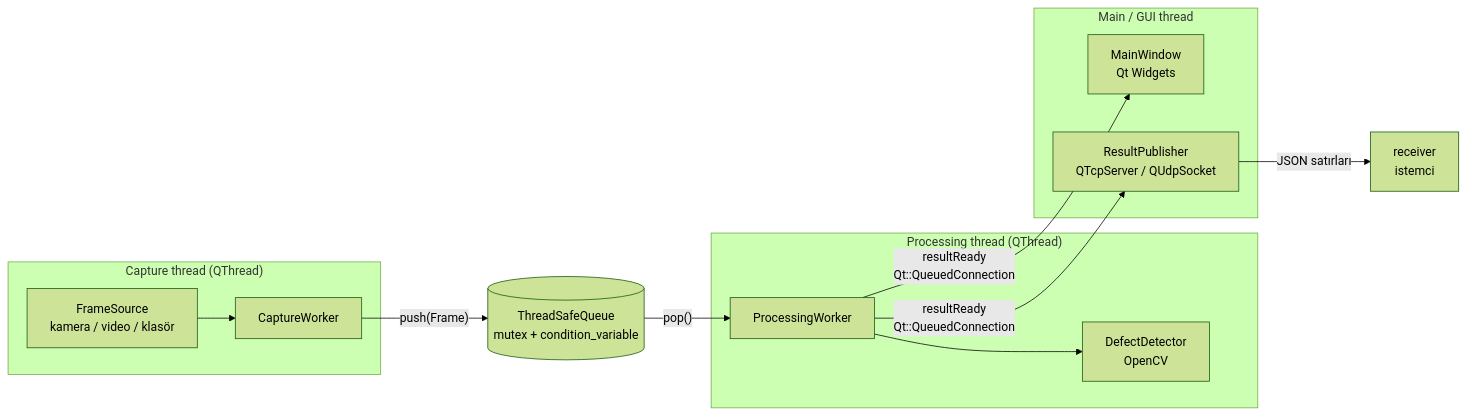
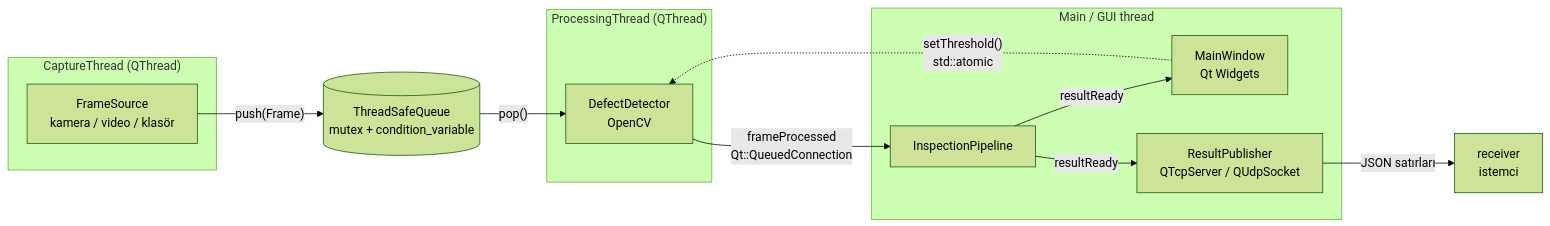
Before and after one commit to mervanAksu/QT-Defect-Inspector: the diagram in README.md, drawn with Mermaid (forest theme). The commit also changed other lines of this file and 1 other file, not shown here.

First line of the commit message:
Document pipeline architecture and ThreadSanitizer on WSL2

````diff
--- a/README.md
+++ b/README.md
@@ -12,23 +12,26 @@
 ```mermaid
 flowchart LR
-    subgraph CT["Capture thread (QThread)"]
-        FS["FrameSource<br/>kamera / video / klasör"] --> CW["CaptureWorker"]
+    subgraph CT["CaptureThread (QThread)"]
+        FS["FrameSource<br/>kamera / video / klasör"]
     end
 
-    CW -- "push(Frame)" --> Q[("ThreadSafeQueue<br/>mutex + condition_variable")]
+    FS -- "push(Frame)" --> Q[("ThreadSafeQueue<br/>mutex + condition_variable")]
 
-    subgraph PT["Processing thread (QThread)"]
-        PW["ProcessingWorker"] --> DD["DefectDetector<br/>OpenCV"]
+    subgraph PT["ProcessingThread (QThread)"]
+        DD["DefectDetector<br/>OpenCV"]
     end
 
-    Q -- "pop()" --> PW
+    Q -- "pop()" --> DD
 
     subgraph GT["Main / GUI thread"]
+        IP["InspectionPipeline"]
         MW["MainWindow<br/>Qt Widgets"]
         RP["ResultPublisher<br/>QTcpServer / QUdpSocket"]
     end
 
-    PW -- "resultReady<br/>Qt::QueuedConnection" --> MW
-    PW -- "resultReady<br/>Qt::QueuedConnection" --> RP
+    DD -- "frameProcessed<br/>Qt::QueuedConnection" --> IP
+    IP -- "resultReady" --> MW
+    IP -- "resultReady" --> RP
+    MW -. "setThreshold()<br/>std::atomic" .-> DD
     RP -- "JSON satırları" --> RC["receiver<br/>istemci"]
 ```
````
